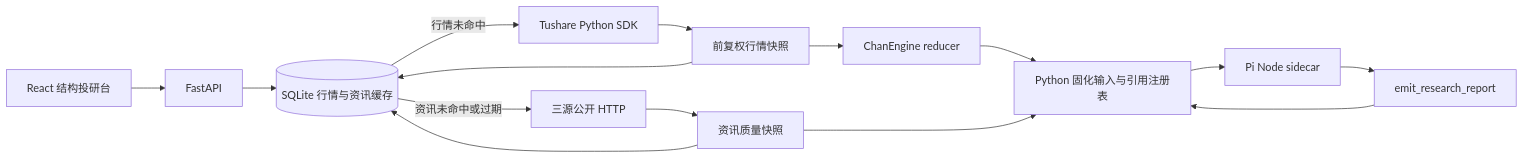
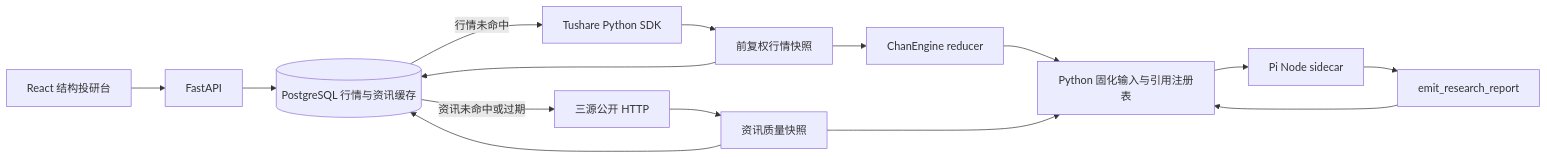
The diagram in README.md (alleneee/investment-advisor), drawn with Mermaid before and after one commit. The commit also changed other lines of this file and 14 other files, not shown here.

First line of the commit message:
refactor: migrate storage layer from SQLite to PostgreSQL

````diff
--- a/README.md
+++ b/README.md
@@ -10,17 +10,17 @@
 ```mermaid
 flowchart LR
     A[React 结构投研台] --> B[FastAPI]
-    B --> C[(SQLite 行情与资讯缓存)]
+    B --> C[(PostgreSQL 行情与资讯缓存)]
     C -- 行情未命中 --> D[Tushare Python SDK]
     C -- 资讯未命中或过期 --> E[三源公开 HTTP]
     D --> F[前复权行情快照]
     E --> G[资讯质量快照]
     F --> C
     G --> C
     F --> H[ChanEngine reducer]
     H --> I[Python 固化输入与引用注册表]
     G --> I
     I --> J[Pi Node sidecar]
     J --> K[emit_research_report]
     K --> I
 ```
````
